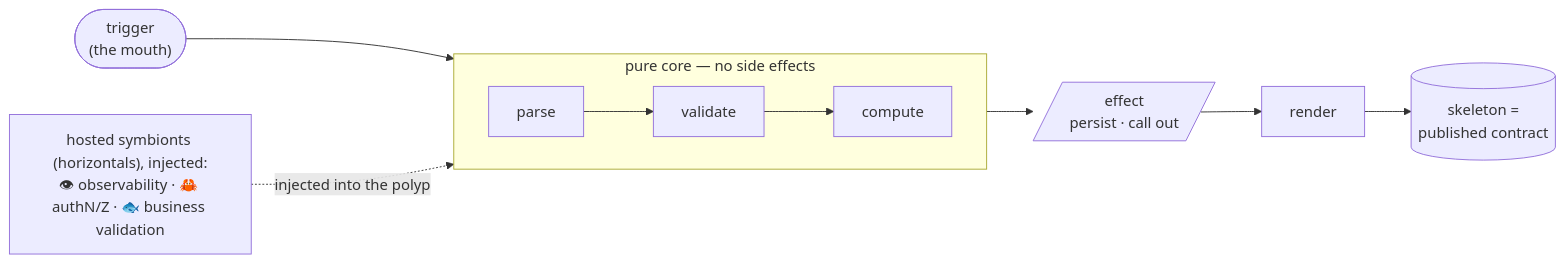
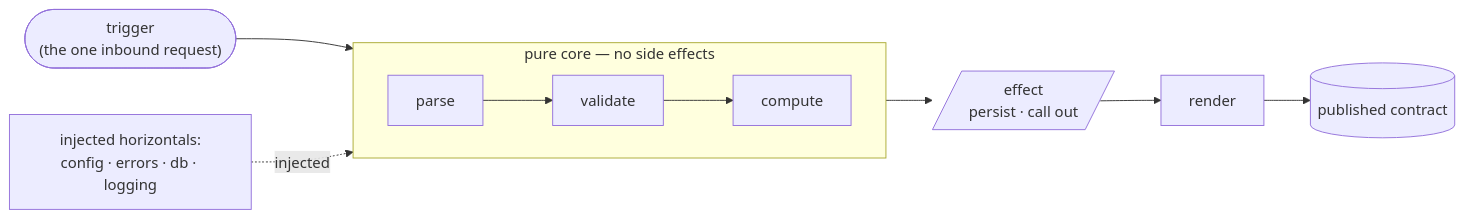
One commit to throw-if-null/coral changed the diagram in ARCHITECTURE.md. Above: the diagram before and after it, drawn with Mermaid. The commit also changed other lines of this file and 16 other files, not shown here.

````diff
--- a/ARCHITECTURE.md
+++ b/ARCHITECTURE.md
@@ -110,13 +133,13 @@
 ```mermaid
 flowchart LR
-  T(["trigger<br/>(the mouth)"]) --> CORE
+  T(["trigger<br/>(the one inbound request)"]) --> CORE
   subgraph CORE["pure core — no side effects"]
     direction LR
     P[parse] --> V[validate] --> C[compute]
   end
   CORE --> E[/"effect<br/>persist · call out"/]
   E --> R[render]
-  R --> SK[("skeleton =<br/>published contract")]
-  SYM["hosted symbionts (horizontals), injected:<br/>👁 observability · 🦀 authN/Z · 🐟 business validation"]
-  SYM -. injected into the polyp .-> CORE
+  R --> SK[("published contract")]
+  SYM["injected horizontals:<br/>config · errors · db · logging"]
+  SYM -. injected .-> CORE
 ```
````
